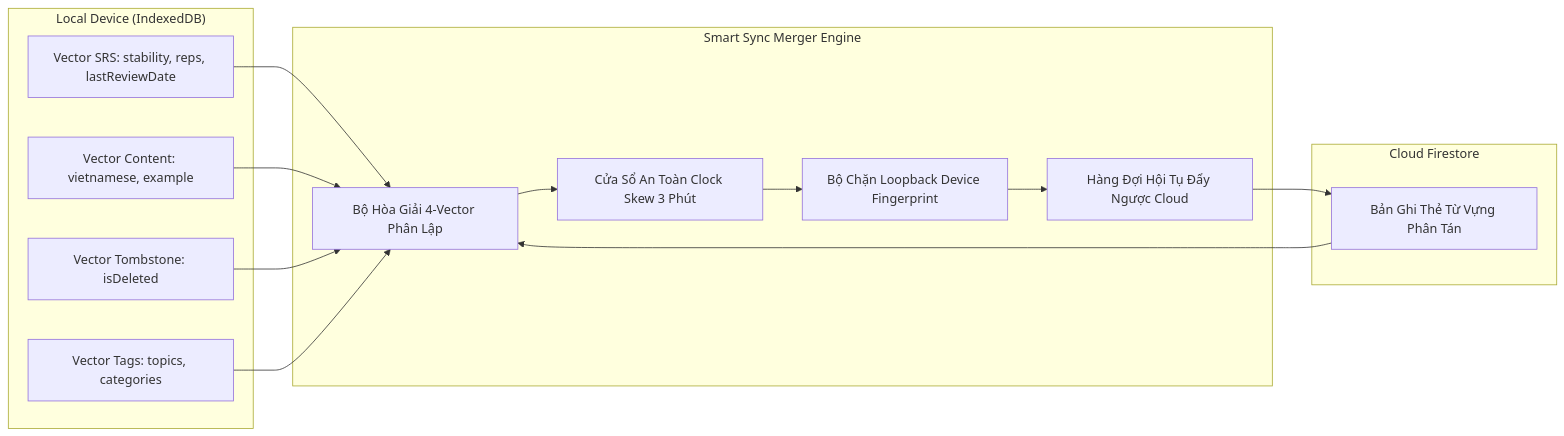
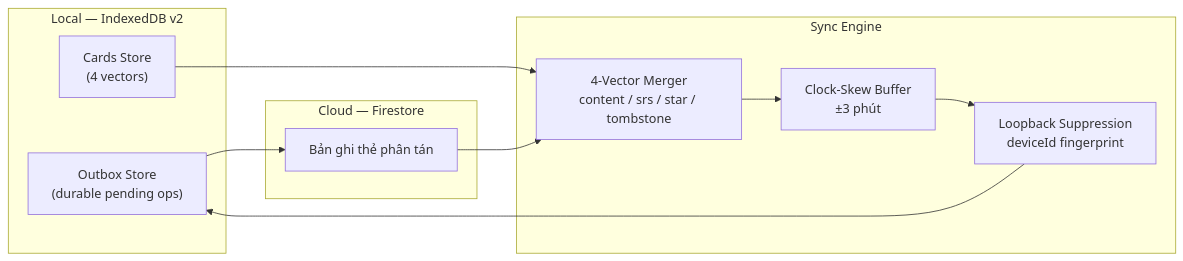
The second of 3 diagrams in README.md (DATWY/ultimate-celestial-vocab), drawn with Mermaid before and after one commit. The commit also changed other lines of this file, not shown here.

````diff
--- a/README.md
+++ b/README.md
@@ -215,24 +191,21 @@
 ```mermaid
 graph LR
-    subgraph "Local Device (IndexedDB)"
-        L_SRS[Vector SRS: stability, reps, lastReviewDate]
-        L_Content[Vector Content: vietnamese, example]
-        L_Tombstone[Vector Tombstone: isDeleted]
-        L_Tags[Vector Tags: topics, categories]
+    subgraph "Local — IndexedDB v2"
+        OutboxStore["Outbox Store\n(durable pending ops)"]
+        CardStore["Cards Store\n(4 vectors)"]
     end
 
-    subgraph "Smart Sync Merger Engine"
-        Merge[Bộ Hòa Giải 4-Vector Phân Lập]
-        ClockBuffer[Cửa Sổ An Toàn Clock Skew 3 Phút]
-        EchoSuppress[Bộ Chặn Loopback Device Fingerprint]
-        ConvQueue[Hàng Đợi Hội Tụ Đẩy Ngược Cloud]
+    subgraph "Sync Engine"
+        Merger["4-Vector Merger\ncontent / srs / star / tombstone"]
+        ClockBuf["Clock-Skew Buffer\n±3 phút"]
+        EchoSup["Loopback Suppression\ndeviceId fingerprint"]
     end
 
-    subgraph "Cloud Firestore"
-        R_Card[Bản Ghi Thẻ Từ Vựng Phân Tán]
+    subgraph "Cloud — Firestore"
+        RemoteCard["Bản ghi thẻ phân tán"]
     end
 
-    L_SRS & L_Content & L_Tombstone & L_Tags --> Merge
-    R_Card --> Merge
-    Merge --> ClockBuffer --> EchoSuppress --> ConvQueue --> R_Card
+    CardStore --> Merger
+    RemoteCard --> Merger
+    Merger --> ClockBuf --> EchoSup --> OutboxStore --> RemoteCard
 ```
````
